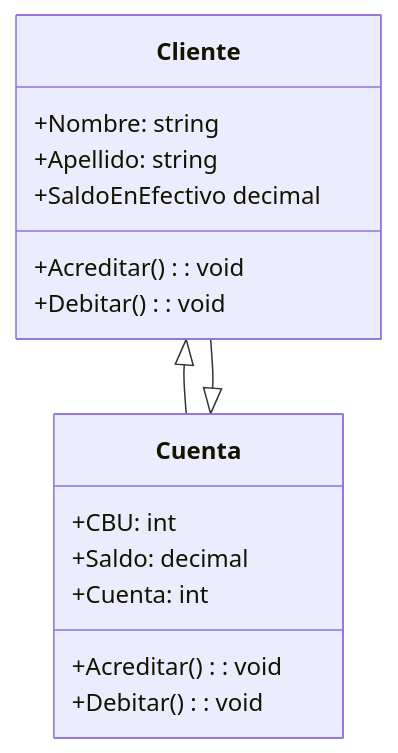
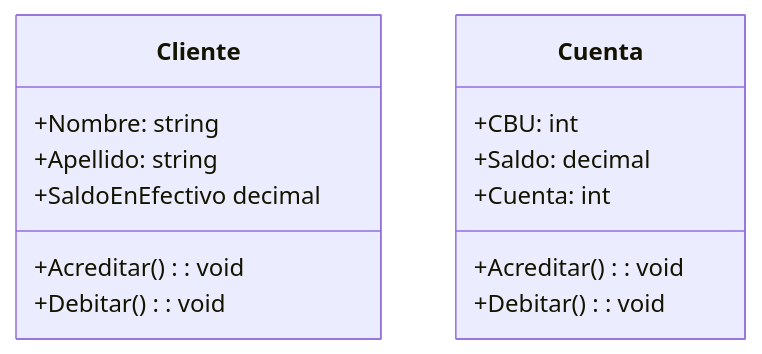
Before and after one commit to David3578/Banco_01: the diagram in README.md, drawn with Mermaid.

````diff
--- a/README.md
+++ b/README.md
@@ -2,19 +2,17 @@
 ```mermaid
 classDiagram
     class Cliente {
         +Nombre: string
         +Apellido: string
         +SaldoEnEfectivo decimal
         +Acreditar(): void
         +Debitar(): void
     }
     class Cuenta{
         +CBU: int
         +Saldo: decimal
         +Cuenta: int 
         +Acreditar(): void
         +Debitar(): void
     }
-   Cliente <|-- Cuenta
-   Cuenta <|-- Cliente
 ```
````
